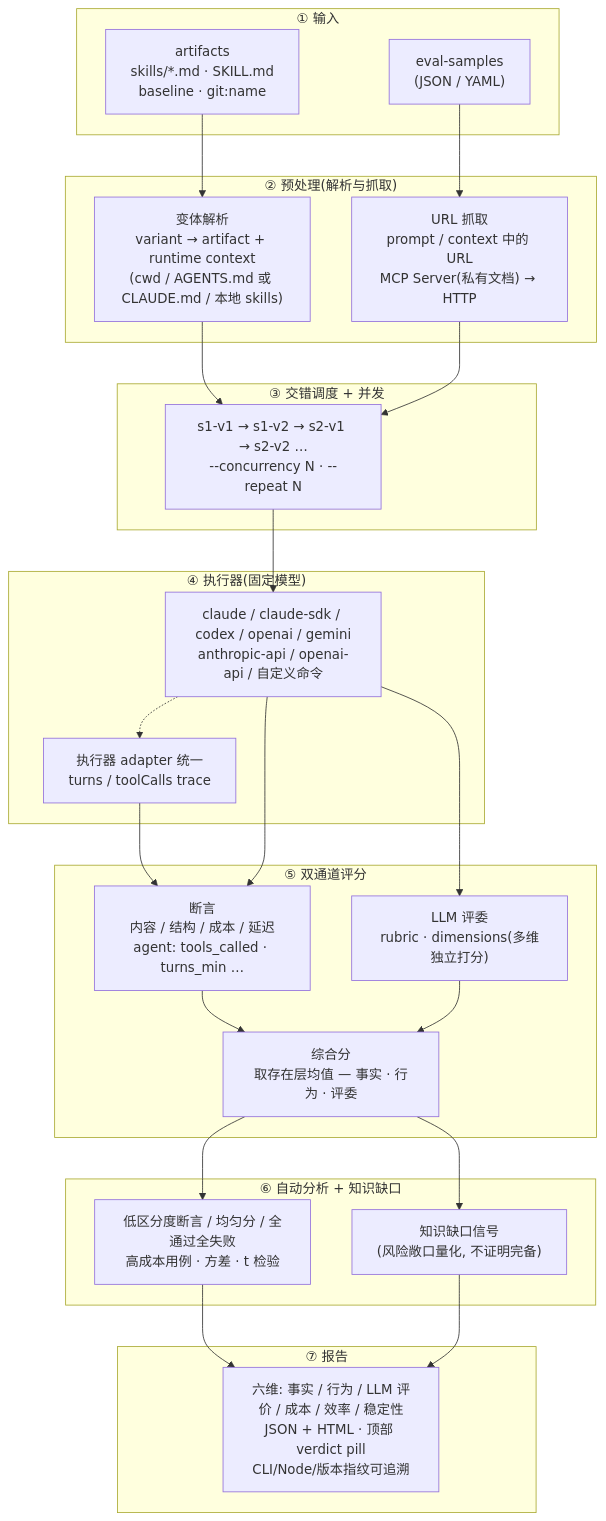
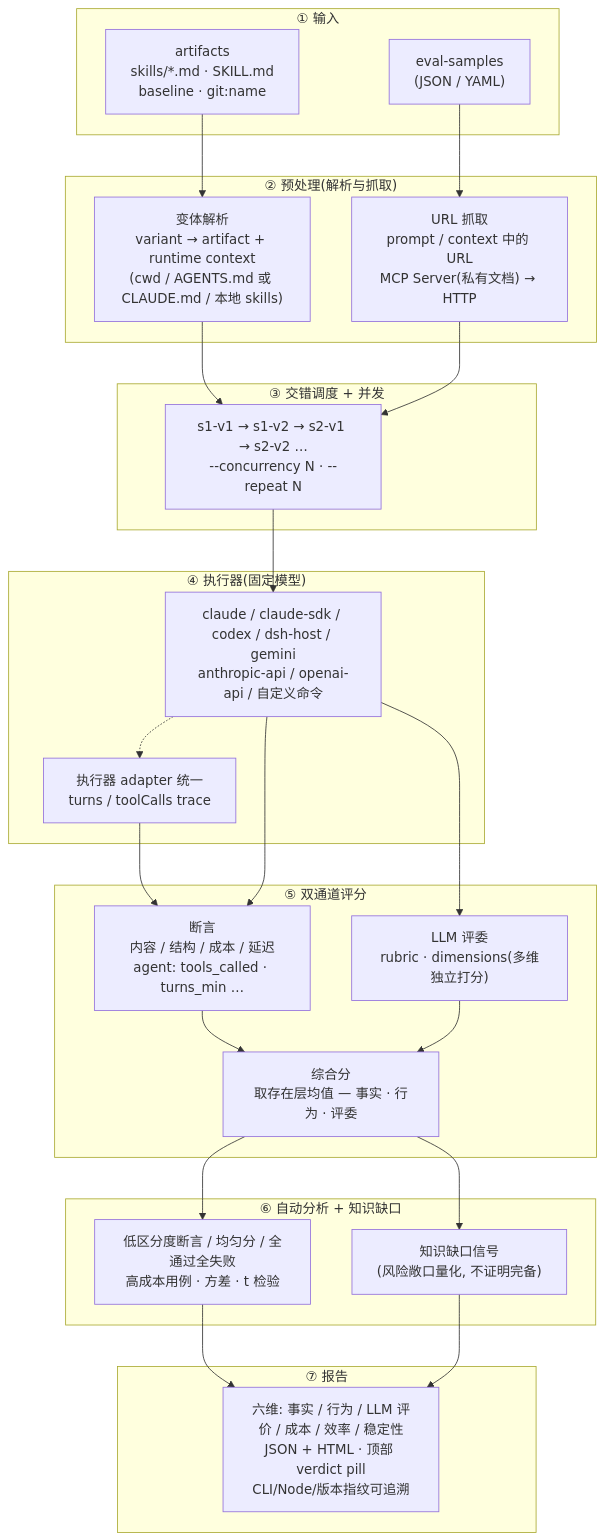
The first of 2 diagrams in docs/zh/explanation/architecture.md (lizhiyao/oh-my-knowledge), drawn with Mermaid before and after one commit. The commit also changed other lines of this file and 32 other files, not shown here.

````diff
--- a/docs/zh/explanation/architecture.md
+++ b/docs/zh/explanation/architecture.md
@@ -5,52 +5,52 @@
 ```mermaid
 flowchart TD
     subgraph Input["① 输入"]
         S["eval-samples<br/>(JSON / YAML)"]
         A["artifacts<br/>skills/*.md · SKILL.md<br/>baseline · git:name"]
     end
 
     subgraph Prep["② 预处理(解析与抓取)"]
         V["变体解析<br/>variant → artifact + runtime context<br/>(cwd / AGENTS.md 或 CLAUDE.md / 本地 skills)"]
         U["URL 抓取<br/>prompt / context 中的 URL<br/>MCP Server(私有文档) → HTTP"]
     end
 
     subgraph Schedule["③ 交错调度 + 并发"]
         Q["s1-v1 → s1-v2 → s2-v1 → s2-v2 …<br/>--concurrency N · --repeat N"]
     end
 
     subgraph Exec["④ 执行器(固定模型)"]
-        E["claude / claude-sdk / codex / openai / gemini<br/>anthropic-api / openai-api / 自定义命令"]
+        E["claude / claude-sdk / codex / dsh-host / gemini<br/>anthropic-api / openai-api / 自定义命令"]
         T["执行器 adapter 统一<br/>turns / toolCalls trace"]
         E -.-> T
     end
 
     subgraph Score["⑤ 双通道评分"]
         AS["断言<br/>内容 / 结构 / 成本 / 延迟<br/>agent: tools_called · turns_min …"]
         LS["LLM 评委<br/>rubric · dimensions(多维独立打分)"]
         CS["综合分<br/>取存在层均值 — 事实 · 行为 · 评委"]
         AS --> CS
         LS --> CS
     end
 
     subgraph Analyze["⑥ 自动分析 + 知识缺口"]
         D["低区分度断言 / 均匀分 / 全通过全失败<br/>高成本用例 · 方差 · t 检验"]
         G["知识缺口信号<br/>(风险敞口量化, 不证明完备)"]
     end
 
     subgraph Report["⑦ 报告"]
         R["六维: 事实 / 行为 / LLM 评价 / 成本 / 效率 / 稳定性<br/>JSON + HTML · 顶部 verdict pill<br/>CLI/Node/版本指纹可追溯"]
     end
 
     S --> U
     A --> V
     V --> Q
     U --> Q
     Q --> E
     T --> AS
     E --> AS
     E --> LS
     CS --> D
     CS --> G
     D --> R
     G --> R
 ```
````
